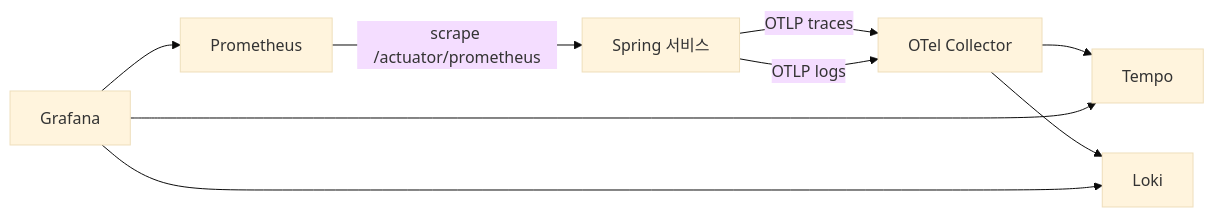
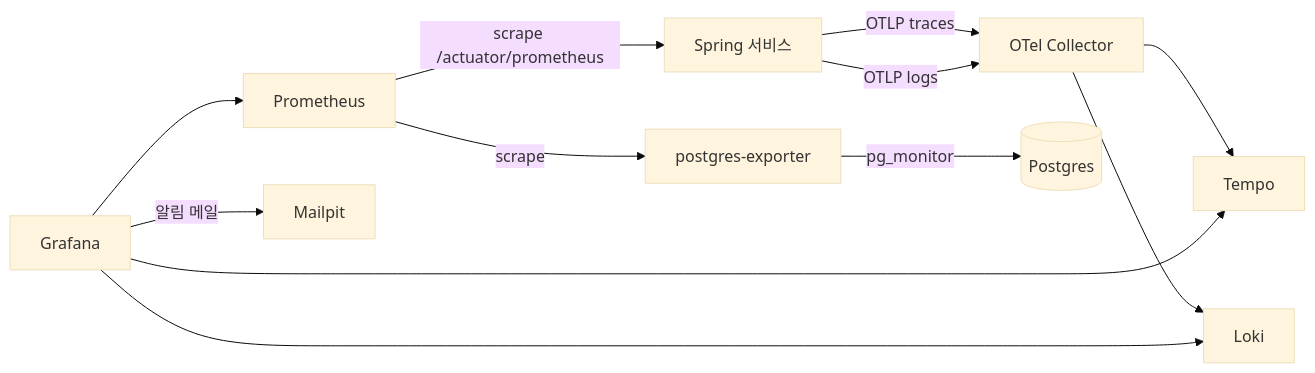
The diagram in docs/architecture/observability.md (okabedev/open-market), drawn with Mermaid (base theme) before and after one commit. The commit also changed other lines of this file and 48 other files, not shown here.

````diff
--- a/docs/architecture/observability.md
+++ b/docs/architecture/observability.md
@@ -6,9 +6,11 @@
 ```mermaid
 flowchart LR
   svc[Spring 서비스] -- OTLP traces --> col[OTel Collector]
   svc -- OTLP logs --> col
   prom[Prometheus] -- scrape /actuator/prometheus --> svc
+  prom -- scrape --> pgexp[postgres-exporter] -- pg_monitor --> pg[(Postgres)]
   col --> tempo[Tempo]
   col --> loki[Loki]
   grafana[Grafana] --> prom & tempo & loki
+  grafana -- 알림 메일 --> mailpit[Mailpit]
 ```
````
